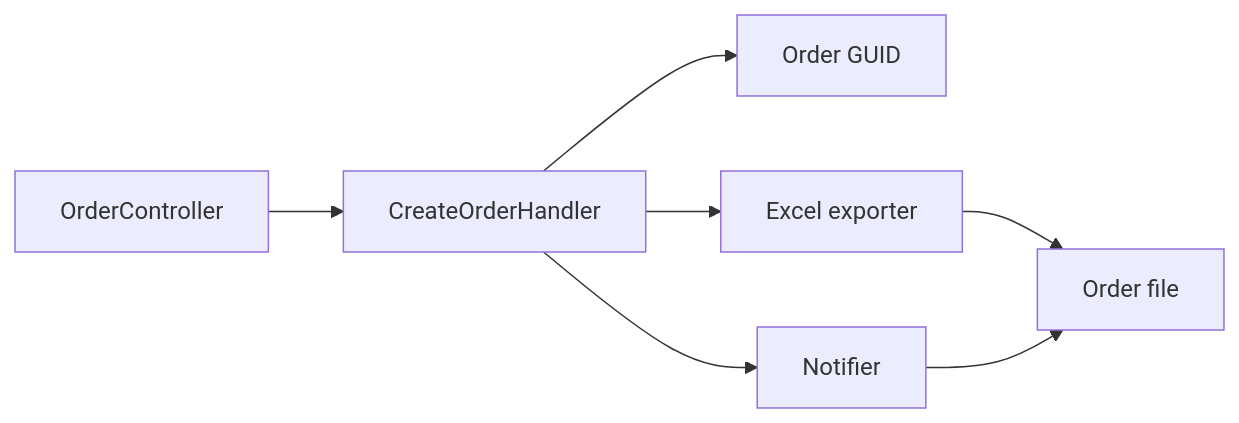
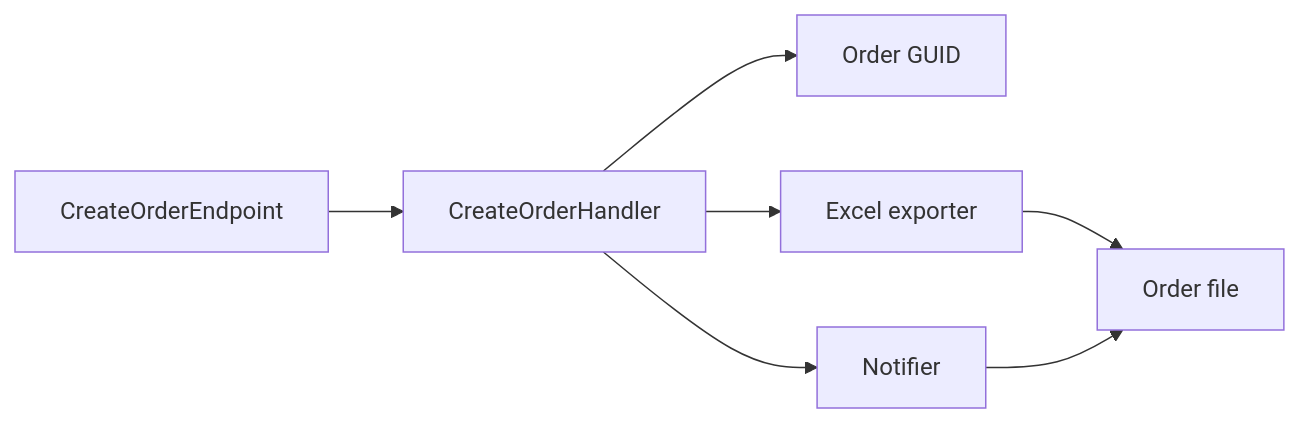
One commit to Weretik/KedrStore changed the diagram in docs/sdd/features/catalog/quick-order.md. Above: the diagram before and after it, drawn with Mermaid. The commit also changed other lines of this file and 105 other files, not shown here.

````diff
--- a/docs/sdd/features/catalog/quick-order.md
+++ b/docs/sdd/features/catalog/quick-order.md
@@ -25,9 +25,9 @@
 ```mermaid
 flowchart LR
-    A["OrderController"] --> B["CreateOrderHandler"]
+    A["CreateOrderEndpoint"] --> B["CreateOrderHandler"]
     B --> C["Order GUID"]
     B --> D["Excel exporter"]
     D --> E["Order file"]
     B --> F["Notifier"]
     F --> E
 ```
````
